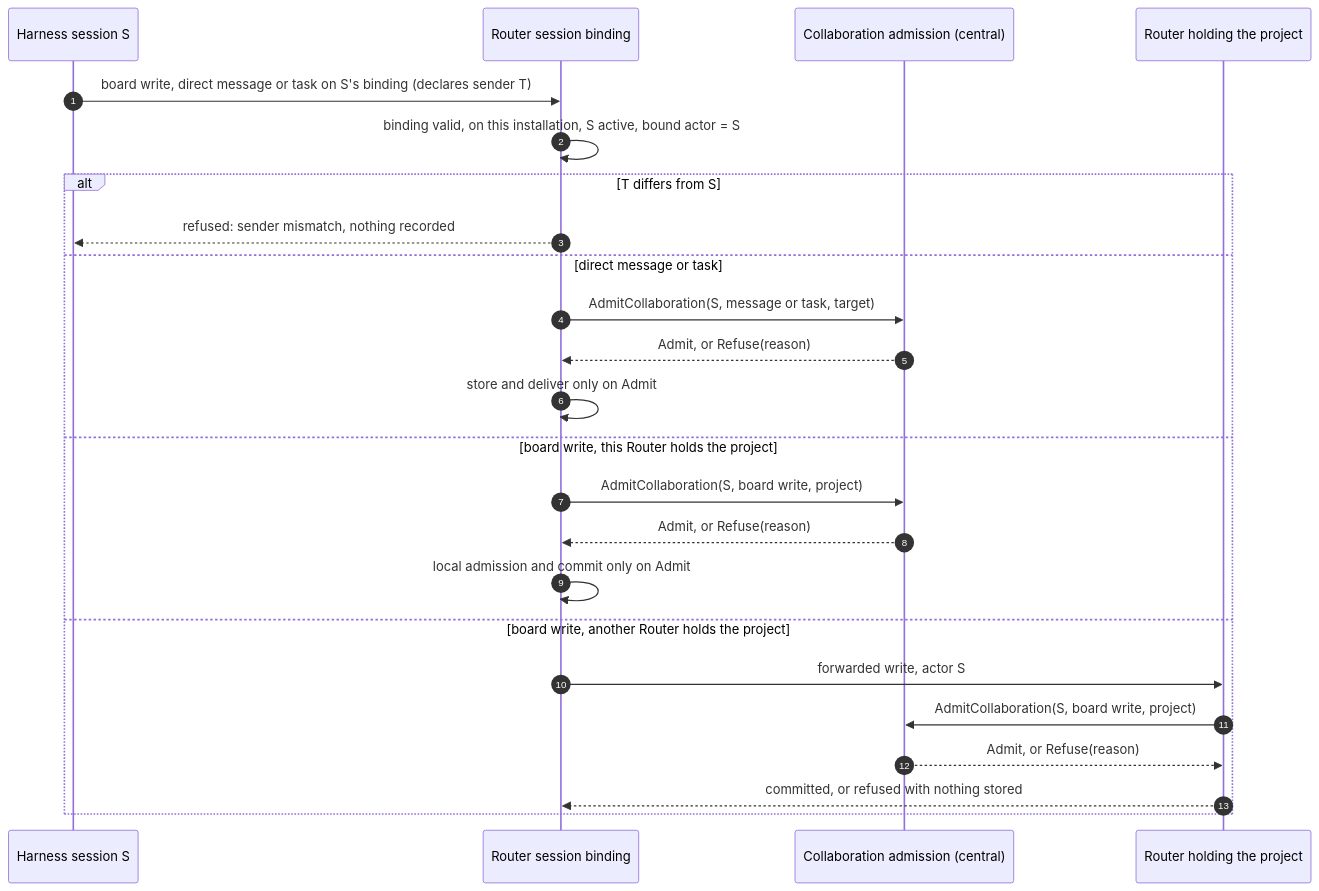
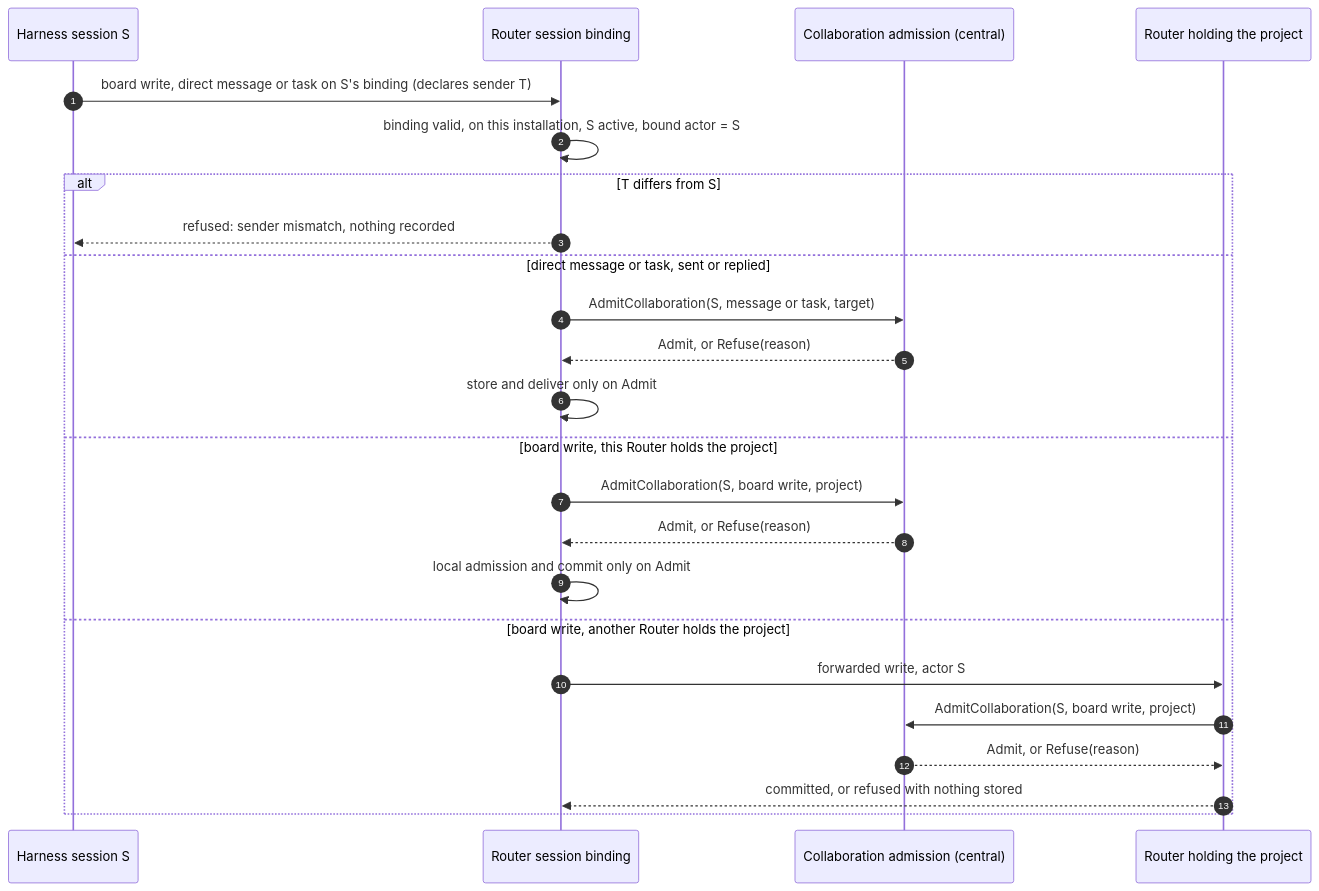
The sixth of 7 diagrams in docs/specs/2026-10-24-agent-identity/program-design.md (ShravanSunder/agent-vm), drawn with Mermaid before and after one commit. The commit also changed other lines of this file and 3 other files, not shown here.

````diff
--- a/docs/specs/2026-10-24-agent-identity/program-design.md
+++ b/docs/specs/2026-10-24-agent-identity/program-design.md
@@ -559,26 +559,26 @@
 ```mermaid
 sequenceDiagram
   autonumber
   participant H as Harness session S
   participant RB as Router session binding
   participant CA as Collaboration admission (central)
   participant HR as Router holding the project
   H->>RB: board write, direct message or task on S's binding (declares sender T)
   RB->>RB: binding valid, on this installation, S active, bound actor = S
   alt T differs from S
     RB-->>H: refused: sender mismatch, nothing recorded
-  else direct message or task
+  else direct message or task, sent or replied
     RB->>CA: AdmitCollaboration(S, message or task, target)
     CA-->>RB: Admit, or Refuse(reason)
     RB->>RB: store and deliver only on Admit
   else board write, this Router holds the project
     RB->>CA: AdmitCollaboration(S, board write, project)
     CA-->>RB: Admit, or Refuse(reason)
     RB->>RB: local admission and commit only on Admit
   else board write, another Router holds the project
     RB->>HR: forwarded write, actor S
     HR->>CA: AdmitCollaboration(S, board write, project)
     CA-->>HR: Admit, or Refuse(reason)
     HR-->>RB: committed, or refused with nothing stored
   end
 ```
````
